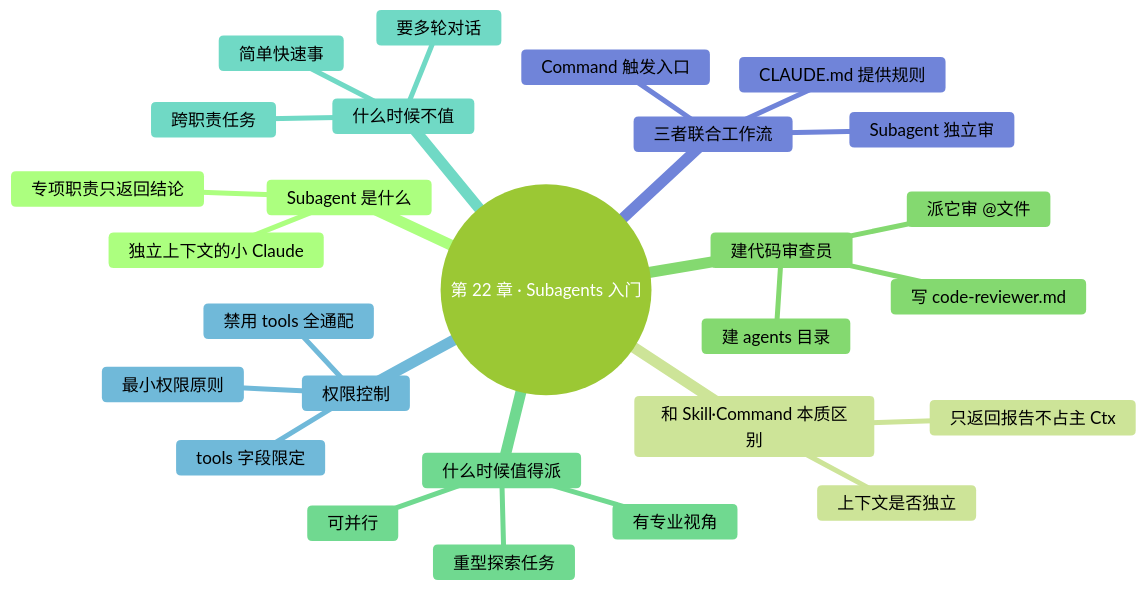
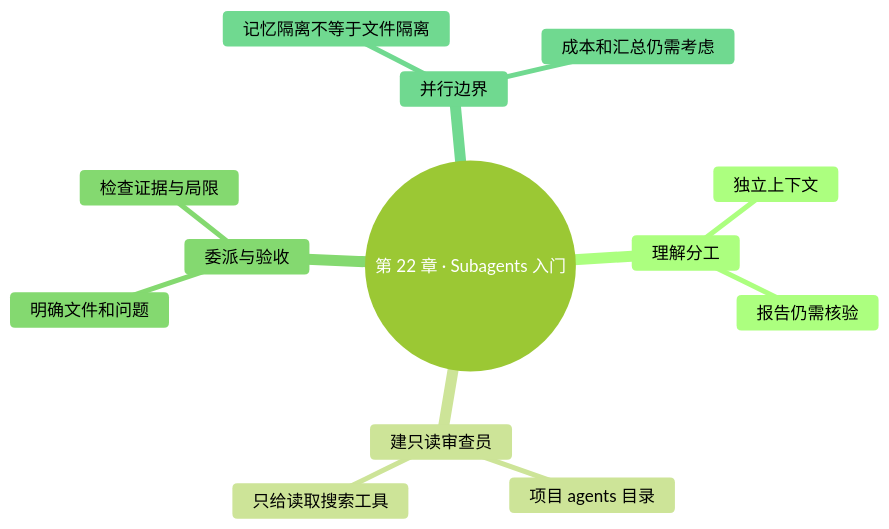
Before and after one commit to mali9527/claude-code-full-guide-for-beginners: the diagram in manuscript/part5-扩展能力/22-Subagents入门.md, drawn with Mermaid. The commit also changed other lines of this file and 130 other files, not shown here.

Commit message:
更新 Claude Code 九月源稿并接入系列生产工具

````diff
--- a/manuscript/part5-扩展能力/22-Subagents入门.md
+++ b/manuscript/part5-扩展能力/22-Subagents入门.md
@@ -20,38 +22,24 @@
 ```mermaid
 ---
 config:
   theme: forest
   themeVariables:
     fontFamily: "-apple-system, 'SF Pro Text', 'PingFang SC', 'Helvetica Neue', sans-serif"
     fontSize: "17px"
     lineColor: "#D9D9D9"
 ---
 mindmap
   root((第 22 章 · Subagents 入门))
-    Subagent 是什么
-      独立上下文的小 Claude
-      专项职责只返回结论
-    和 Skill·Command 本质区别
-      上下文是否独立
-      只返回报告不占主 Ctx
-    建代码审查员
-      建 agents 目录
-      写 code-reviewer.md
-      派它审 @文件
-    什么时候值得派
-      重型探索任务
-      有专业视角
-      可并行
-    什么时候不值
-      简单快速事
-      要多轮对话
-      跨职责任务
-    权限控制
-      tools 字段限定
-      最小权限原则
-      禁用 tools 全通配
-    三者联合工作流
-      Command 触发入口
-      Subagent 独立审
-      CLAUDE.md 提供规则
+    理解分工
+      独立上下文
+      报告仍需核验
+    建只读审查员
+      项目 agents 目录
+      只给读取搜索工具
+    委派与验收
+      明确文件和问题
+      检查证据与局限
+    并行边界
+      记忆隔离不等于文件隔离
+      成本和汇总仍需考虑
 ```
````
